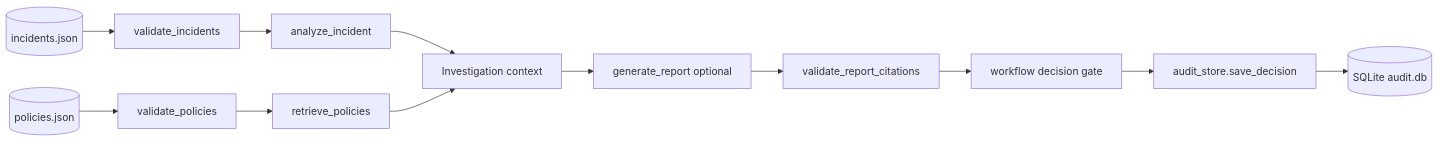
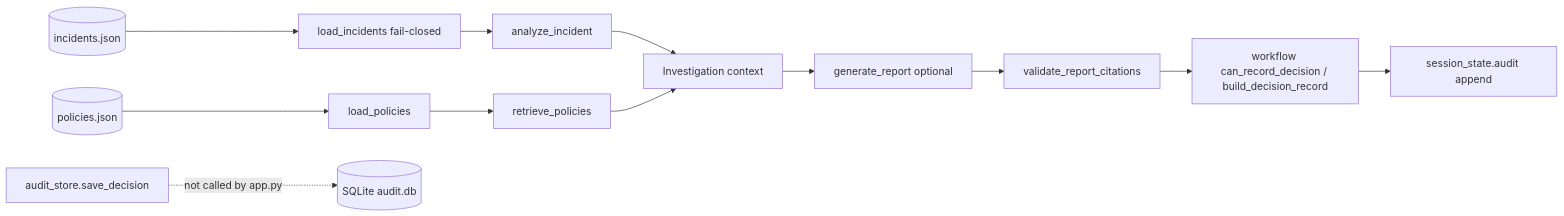
Before and after one commit to Kush760/GuardBee: the diagram in docs/diagrams/data_flow.mmd, drawn with Mermaid. The commit also changed 65 other files, not shown here.

```diff
--- a/docs/diagrams/data_flow.mmd
+++ b/docs/diagrams/data_flow.mmd
@@ -1,12 +1,12 @@
 flowchart LR
-  I[(incidents.json)] --> V[validate_incidents]
-  P[(policies.json)] --> W[validate_policies]
-  V --> E[analyze_incident]
-  W --> R[retrieve_policies]
+  I[(incidents.json)] --> LI[load_incidents fail-closed]
+  P[(policies.json)] --> LP[load_policies]
+  LI --> E[analyze_incident]
+  LP --> R[retrieve_policies]
   E --> Q[Investigation context]
   R --> Q
   Q --> A[generate_report optional]
   A --> C[validate_report_citations]
-  C --> D[workflow decision gate]
-  D --> S[audit_store.save_decision]
-  S --> DB[(SQLite audit.db)]
+  C --> D[workflow can_record_decision / build_decision_record]
+  D --> S[session_state.audit append]
+  AS[audit_store.save_decision] -.->|not called by app.py| DB[(SQLite audit.db)]
```
